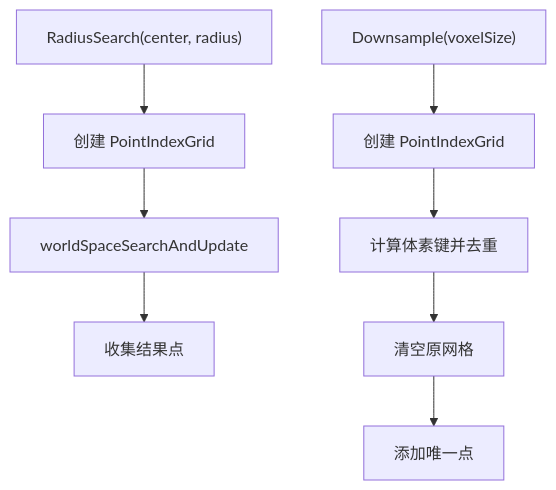
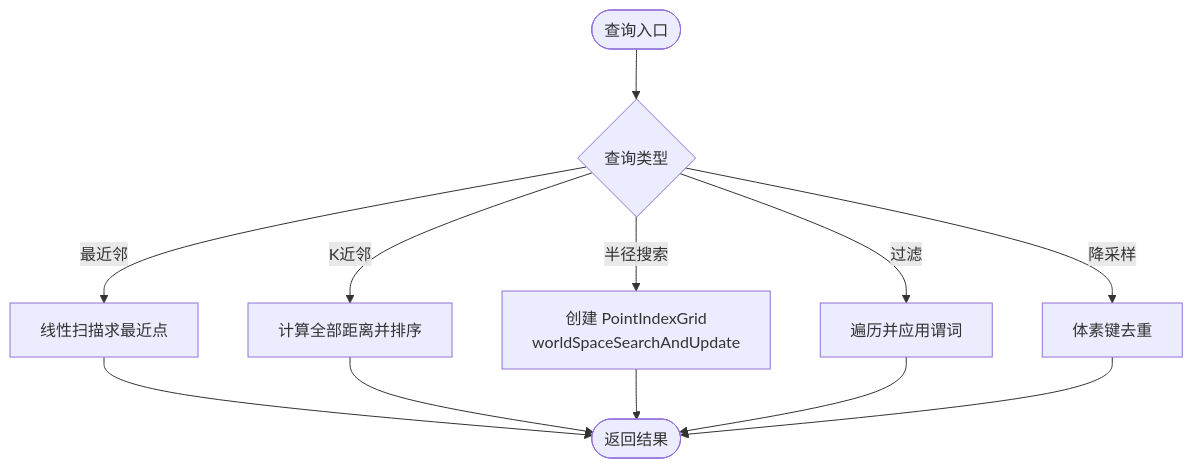
One commit to hsmbanlance/HsBaSlicer changed the sixth of 8 diagrams in .qoder/repowiki/zh/content/核心概念/模型抽象接口/点云模型实现.md. Above: the diagram before and after it, drawn with Mermaid. The commit also changed other lines of this file and 1135 other files, not shown here.

````diff
--- a/.qoder/repowiki/zh/content/核心概念/模型抽象接口/点云模型实现.md
+++ b/.qoder/repowiki/zh/content/核心概念/模型抽象接口/点云模型实现.md
@@ -226,10 +249,14 @@
 ```mermaid
 flowchart TD
-RS["RadiusSearch(center, radius)"] --> IDX["创建 PointIndexGrid"]
-IDX --> SEARCH["worldSpaceSearchAndUpdate"]
-SEARCH --> OUT["收集结果点"]
-DS["Downsample(voxelSize)"] --> GRID["创建 PointIndexGrid"]
-GRID --> KEY["计算体素键并去重"]
-KEY --> CLEAR["清空原网格"]
-CLEAR --> ADD["添加唯一点"]
+QStart(["查询入口"]) --> Type{"查询类型"}
+Type --> |最近邻| ScanAll["线性扫描求最近点"]
+Type --> |K近邻| RankAll["计算全部距离并排序"]
+Type --> |半径搜索| BuildIdx["创建 PointIndexGrid<br/>worldSpaceSearchAndUpdate"]
+Type --> |过滤| Predicate["遍历并应用谓词"]
+Type --> |降采样| VoxelKey["体素键去重"]
+ScanAll --> QEnd(["返回结果"])
+RankAll --> QEnd
+BuildIdx --> QEnd
+Predicate --> QEnd
+VoxelKey --> QEnd
 ```
````
